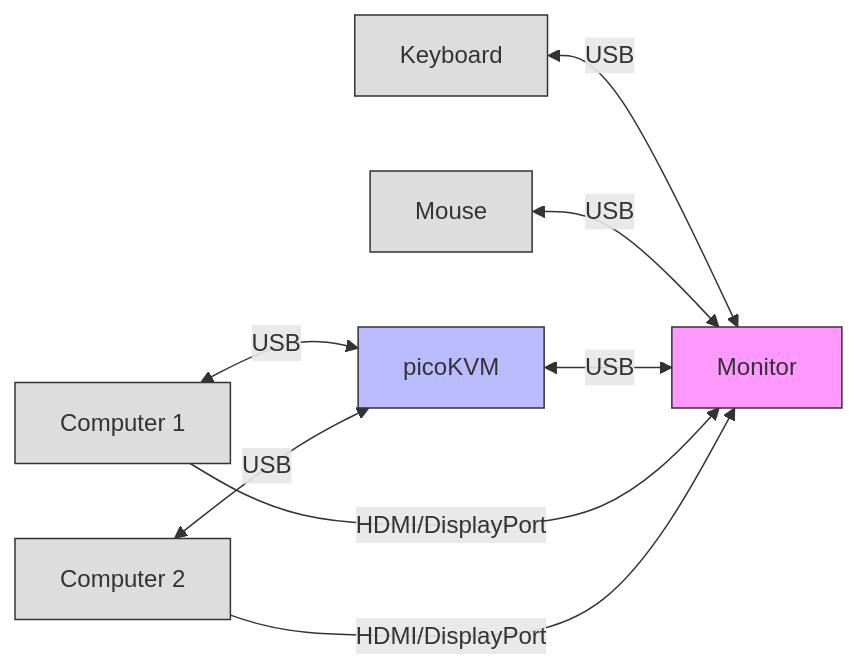
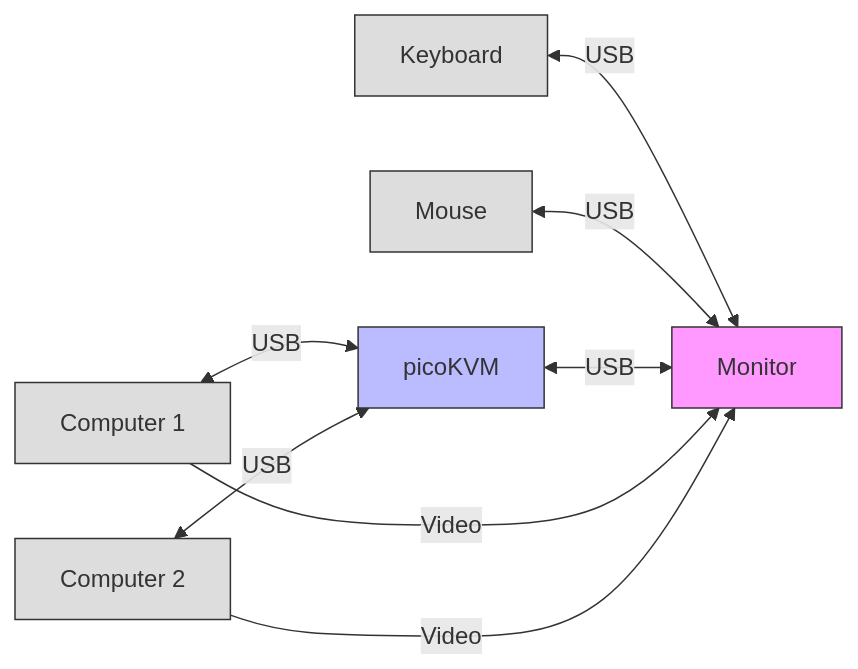
The diagram in README.md (FuNK3Y/picoKVM), drawn with Mermaid before and after one commit. The commit also changed other lines of this file, not shown here.

````diff
--- a/README.md
+++ b/README.md
@@ -112,16 +112,16 @@
 ```mermaid
 graph LR
     KB["Keyboard"] <--> |USB| MON
     MOUSE["Mouse"] <--> |USB| MON
     KVM <--> |USB| MON
-    PC1["Computer 1"] --> |HDMI/DisplayPort| MON["Monitor"]
-    PC2["Computer 2"] --> |HDMI/DisplayPort| MON
+    PC1["Computer 1"] --> |Video| MON["Monitor"]
+    PC2["Computer 2"] --> |Video| MON
     PC1 <--> |USB| KVM["picoKVM"]
     PC2 <--> |USB| KVM
     style MON fill:#f9f,stroke:#333
     style KVM fill:#bbf,stroke:#333
     style KB fill:#ddd,stroke:#333
     style MOUSE fill:#ddd,stroke:#333
     style PC1 fill:#ddd,stroke:#333
     style PC2 fill:#ddd,stroke:#333
 ```
````
